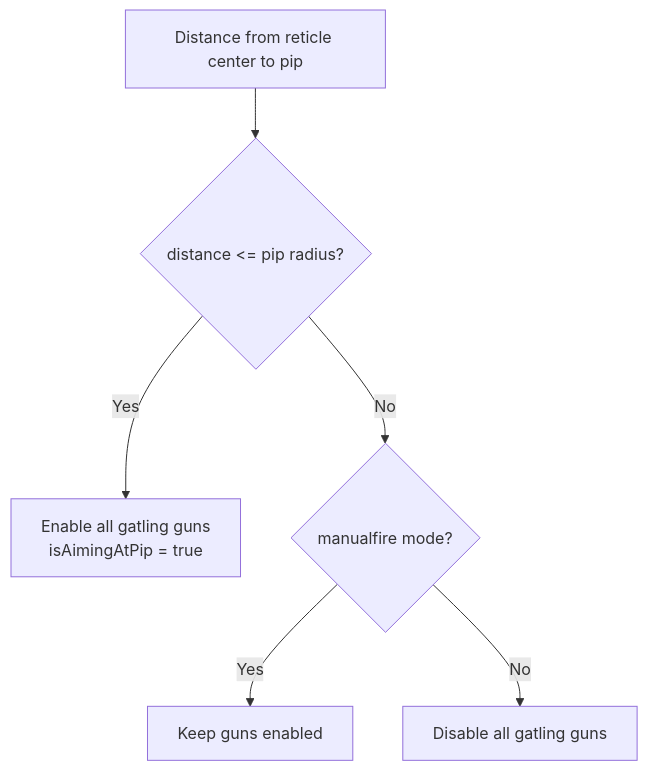
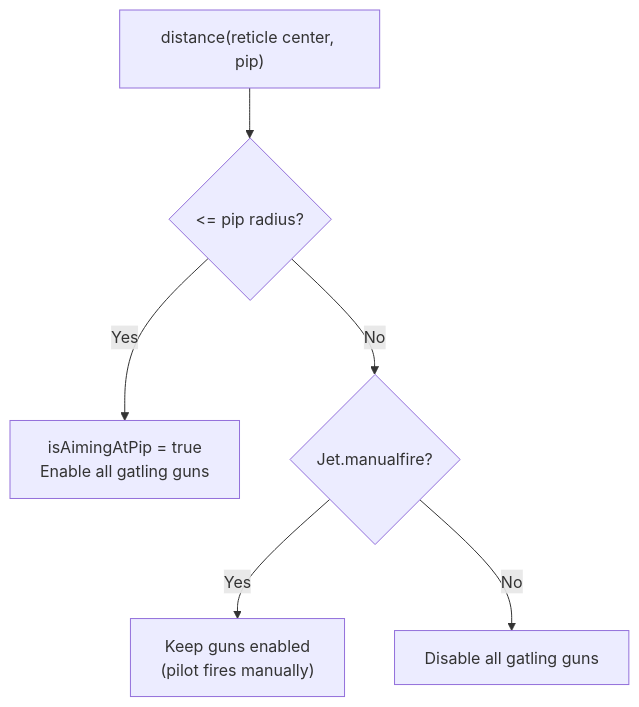
The seventh of 9 diagrams in docs/hud-rendering.md (Terilia/JetOS), drawn with Mermaid before and after one commit. The commit also changed other lines of this file and 23 other files, not shown here.

````diff
--- a/docs/hud-rendering.md
+++ b/docs/hud-rendering.md
@@ -206,8 +254,8 @@
 ```mermaid
 flowchart TD
-    DIST["Distance from reticle center to pip"] --> CHECK{"distance <= pip radius?"}
-    CHECK -- "Yes" --> ENABLE["Enable all gatling guns\nisAimingAtPip = true"]
-    CHECK -- "No" --> MANUAL{"manualfire mode?"}
-    MANUAL -- "Yes" --> KEEP["Keep guns enabled"]
-    MANUAL -- "No" --> DISABLE["Disable all gatling guns"]
+    DIST["distance(reticle center, pip)"] --> CHK{&lt;= pip radius?}
+    CHK -- "Yes" --> ENABLE["isAimingAtPip = true<br/>Enable all gatling guns"]
+    CHK -- "No" --> MAN{Jet.manualfire?}
+    MAN -- "Yes" --> KEEP["Keep guns enabled<br/>(pilot fires manually)"]
+    MAN -- "No" --> DIS["Disable all gatling guns"]
 ```
````
